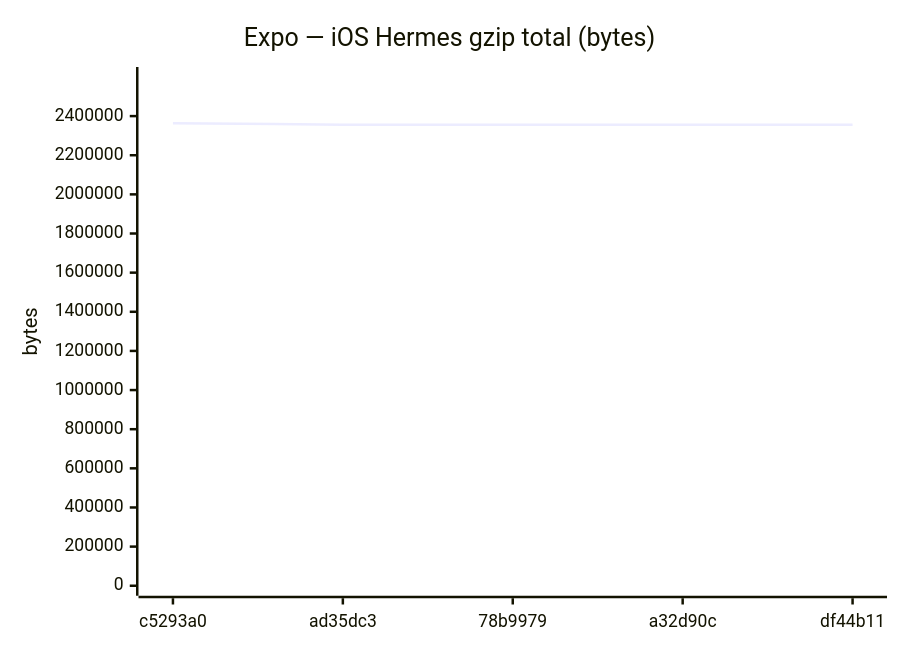
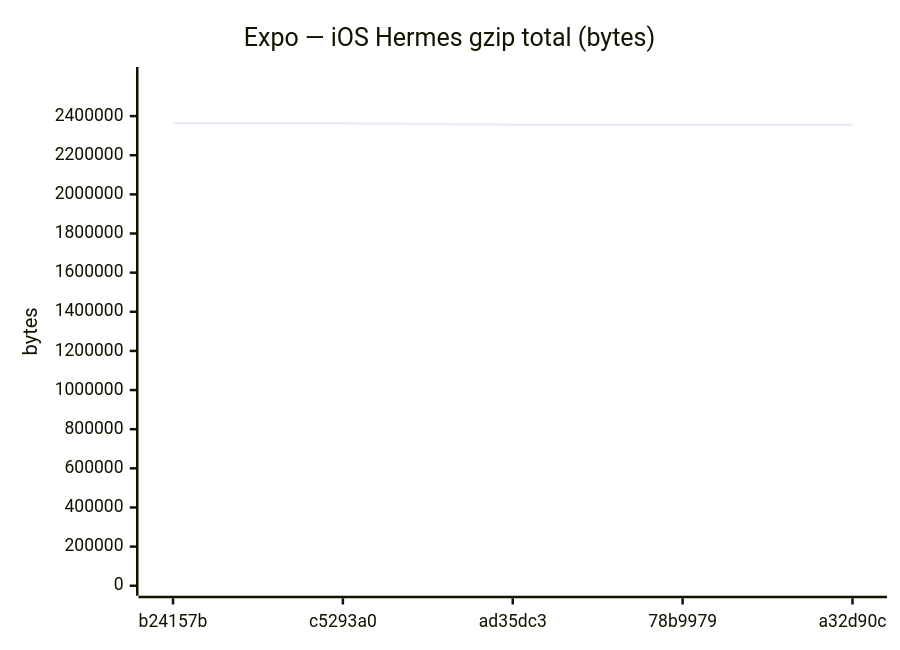
One commit to Metaheurist/Rianell changed diagram 16 of 24 in benchmarks/compare.md. Above: the diagram before and after it, drawn with Mermaid. The commit also changed other lines of this file and 14 other files, not shown here.

````diff
--- a/benchmarks/compare.md
+++ b/benchmarks/compare.md
@@ -228,7 +228,7 @@
 ```mermaid
 xychart-beta
     title "Expo — iOS Hermes gzip total (bytes)"
-    x-axis ["c5293a0", "ad35dc3", "78b9979", "a32d90c", "df44b11"]
-    y-axis "bytes" 0 --> 2599773
-    line [2363430, 2356086, 2356086, 2356058, 2356058]
+    x-axis ["b24157b", "c5293a0", "ad35dc3", "78b9979", "a32d90c"]
+    y-axis "bytes" 0 --> 2599775
+    line [2363431, 2363430, 2356086, 2356086, 2356058]
 ```
````
